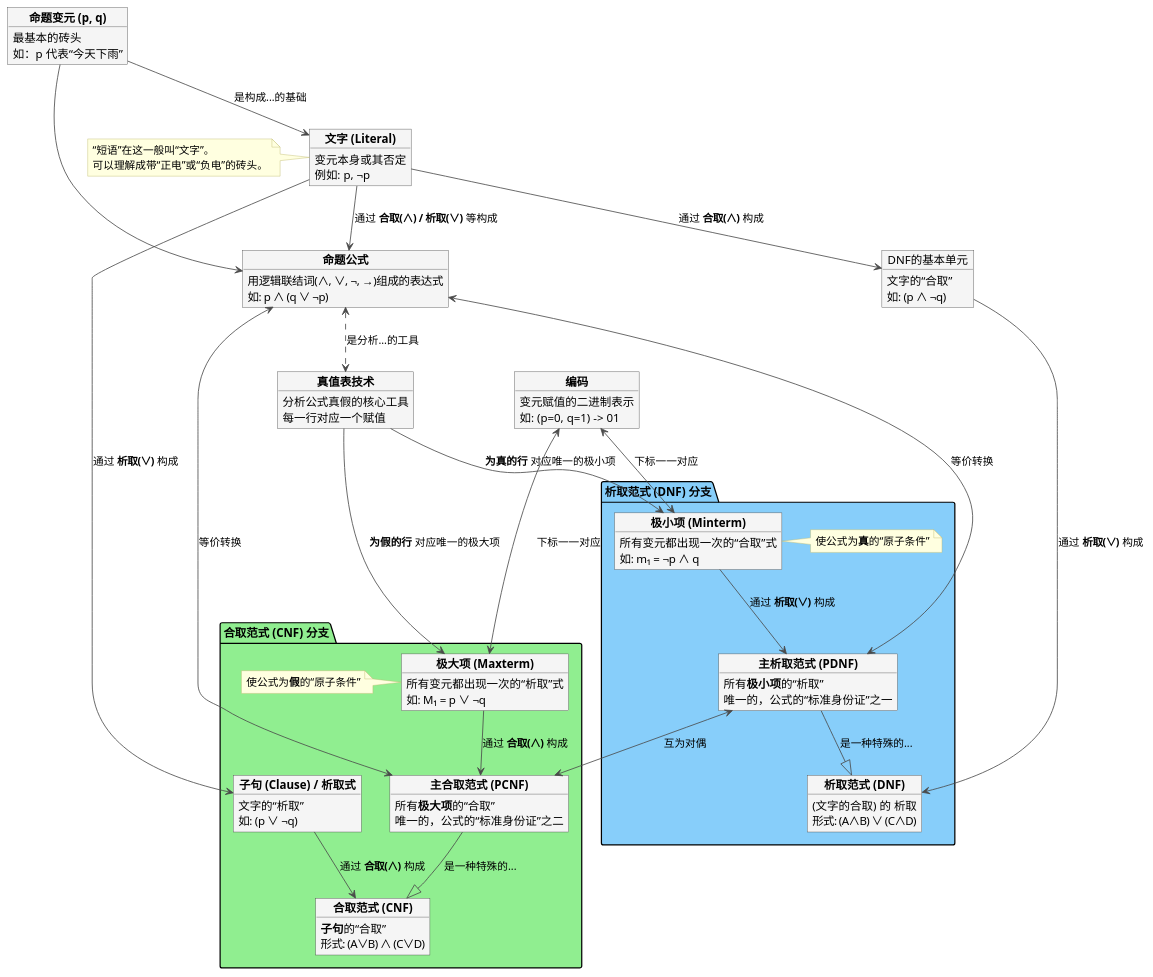
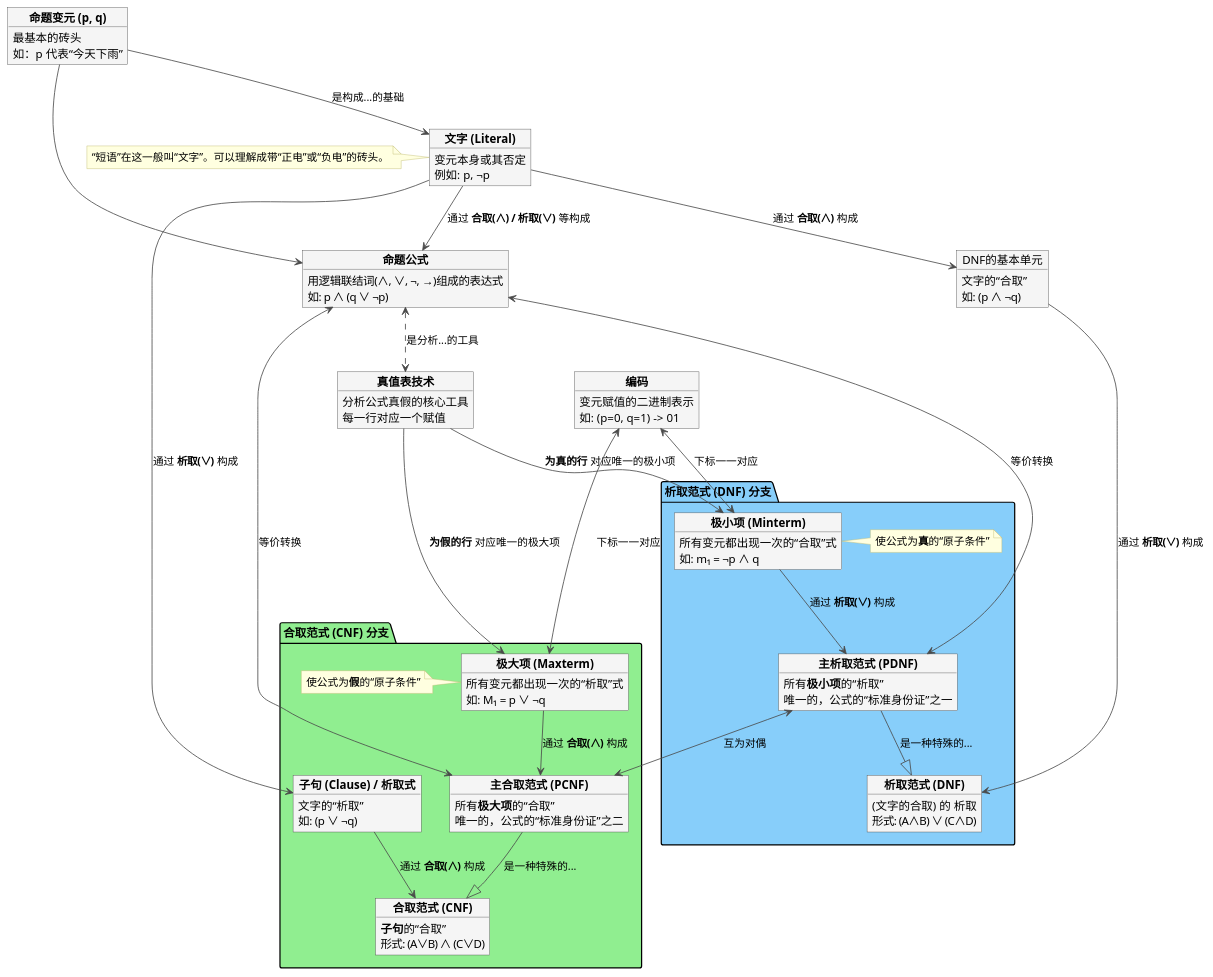
One commit to MarkDeanZHQ/MarkDeanZHQ.github.io changed the diagram in _posts/IT/Discrete/2025-08-04-离散小记.md. Above: the diagram before and after it, drawn with PlantUML. The commit also changed other lines of this file and 4 other files, not shown here.

````diff
--- a/_posts/IT/Discrete/2025-08-04-离散小记.md
+++ b/_posts/IT/Discrete/2025-08-04-离散小记.md
@@ -36,4 +37,4 @@
-```plantuml
+```puml
 @startuml
 ' --- 设置样式，让图更好看 ---
 skinparam object {
@@ -58,7 +59,7 @@
   变元本身或其否定
   例如: p, ¬p
 }
-note left of Literal: “短语”在这一般叫“文字”。\n可以理解成带“正电”或“负电”的砖头。
+note left of Literal: “短语”在这一般叫“文字”。可以理解成带“正电”或“负电”的砖头。
 
 object "<b>命题公式</b>" as Formula {
   用逻辑联结词(∧, ∨, ¬, →)组成的表达式
````
